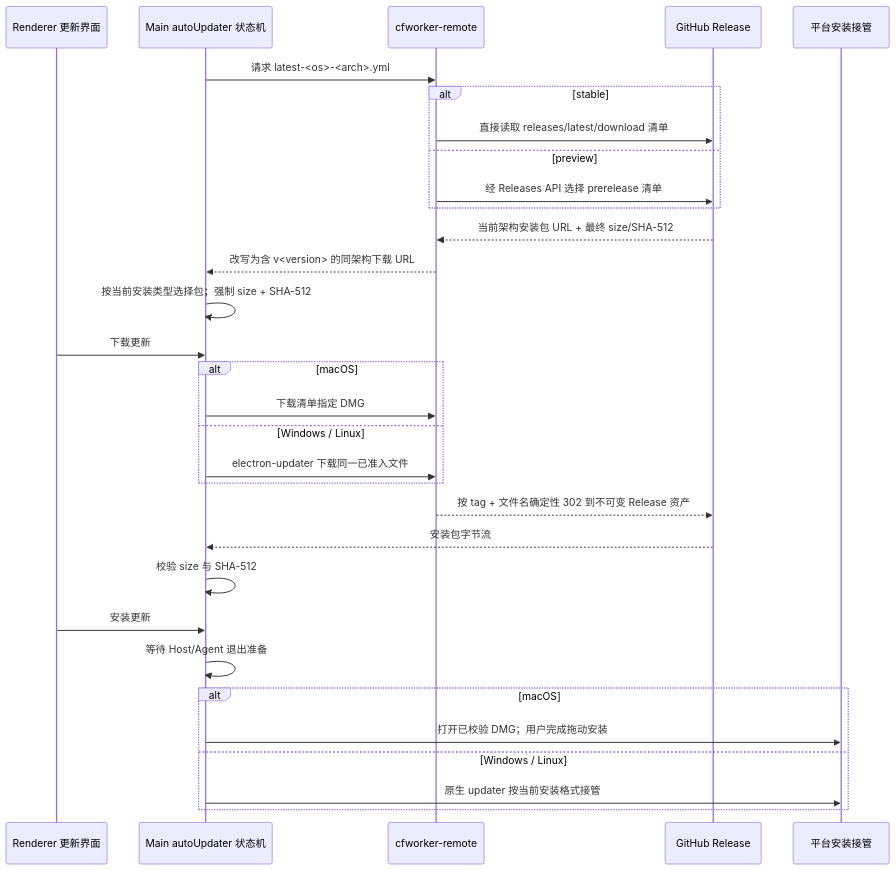
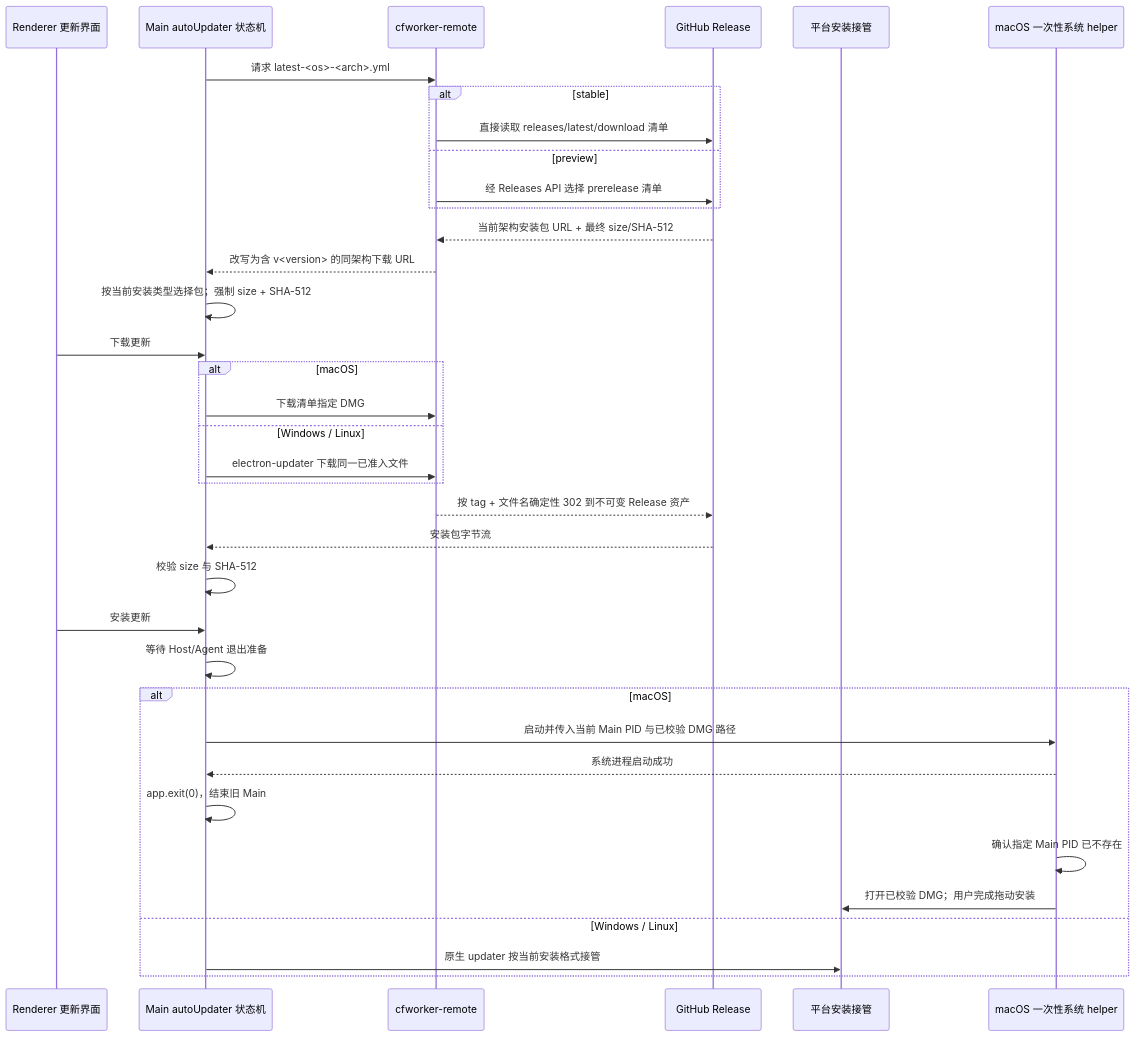
One commit to lemon-casino/LemonCode changed the third of 3 diagrams in specs/github-actions-desktop-release.md. Above: the diagram before and after it, drawn with Mermaid. The commit also changed other lines of this file and 19 other files, not shown here.

````diff
--- a/specs/github-actions-desktop-release.md
+++ b/specs/github-actions-desktop-release.md
@@ -290,33 +301,38 @@
 ```mermaid
 sequenceDiagram
   participant UI as Renderer 更新界面
   participant Main as Main autoUpdater 状态机
   participant Worker as cfworker-remote
   participant Release as GitHub Release
   participant OS as 平台安装接管
+  participant Helper as macOS 一次性系统 helper
   Main->>Worker: 请求 latest-<os>-<arch>.yml
   alt stable
     Worker->>Release: 直接读取 releases/latest/download 清单
   else preview
     Worker->>Release: 经 Releases API 选择 prerelease 清单
   end
   Release-->>Worker: 当前架构安装包 URL + 最终 size/SHA-512
   Worker-->>Main: 改写为含 v<version> 的同架构下载 URL
   Main->>Main: 按当前安装类型选择包；强制 size + SHA-512
   UI->>Main: 下载更新
   alt macOS
     Main->>Worker: 下载清单指定 DMG
   else Windows / Linux
     Main->>Worker: electron-updater 下载同一已准入文件
   end
   Worker-->>Release: 按 tag + 文件名确定性 302 到不可变 Release 资产
   Release-->>Main: 安装包字节流
   Main->>Main: 校验 size 与 SHA-512
   UI->>Main: 安装更新
   Main->>Main: 等待 Host/Agent 退出准备
   alt macOS
-    Main->>OS: 打开已校验 DMG；用户完成拖动安装
+    Main->>Helper: 启动并传入当前 Main PID 与已校验 DMG 路径
+    Helper-->>Main: 系统进程启动成功
+    Main->>Main: app.exit(0)，结束旧 Main
+    Helper->>Helper: 确认指定 Main PID 已不存在
+    Helper->>OS: 打开已校验 DMG；用户完成拖动安装
   else Windows / Linux
     Main->>OS: 原生 updater 按当前安装格式接管
   end
 ```
````
